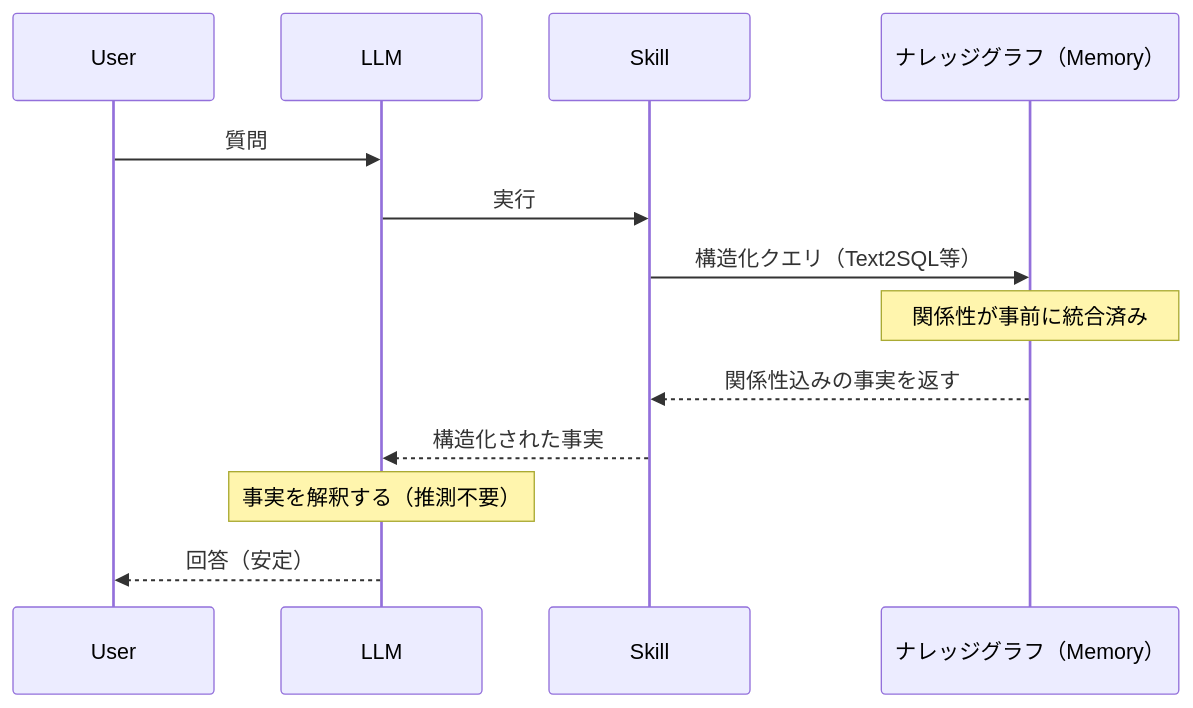
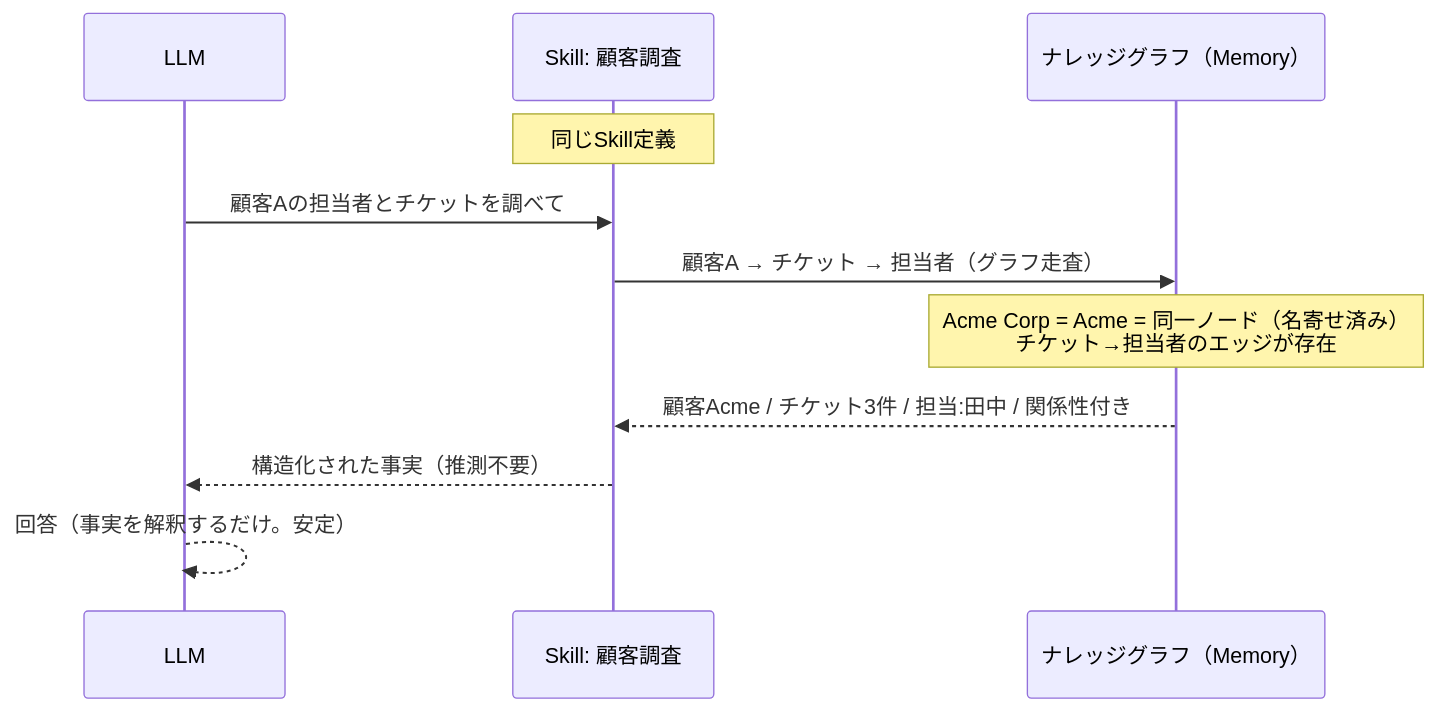
One commit to DevRev-JP/tech-blog changed the third of 3 diagrams in articles/kg-agent-skill-layer.md. Above: the diagram before and after it, drawn with Mermaid. The commit also changed other lines of this file and 1 other file, not shown here.

````diff
--- a/articles/kg-agent-skill-layer.md
+++ b/articles/kg-agent-skill-layer.md
@@ -91,16 +90,14 @@
 ```mermaid
 sequenceDiagram
-    participant User
     participant LLM
-    participant Skill
+    participant Skill as Skill: 顧客調査
     participant KG as ナレッジグラフ（Memory）
 
-    User->>LLM: 質問
-    LLM->>Skill: 実行
-    Skill->>KG: 構造化クエリ（Text2SQL等）
-    Note over KG: 関係性が事前に統合済み
-    KG-->>Skill: 関係性込みの事実を返す
-    Skill-->>LLM: 構造化された事実
-    Note over LLM: 事実を解釈する（推測不要）
-    LLM-->>User: 回答（安定）
+    Note over Skill: 同じSkill定義
+    LLM->>Skill: 顧客Aの担当者とチケットを調べて
+    Skill->>KG: 顧客A → チケット → 担当者（グラフ走査）
+    Note over KG: Acme Corp = Acme = 同一ノード（名寄せ済み）<br/>チケット→担当者のエッジが存在
+    KG-->>Skill: 顧客Acme / チケット3件 / 担当:田中 / 関係性付き
+    Skill-->>LLM: 構造化された事実（推測不要）
+    LLM-->>LLM: 回答（事実を解釈するだけ。安定）
 ```
````
